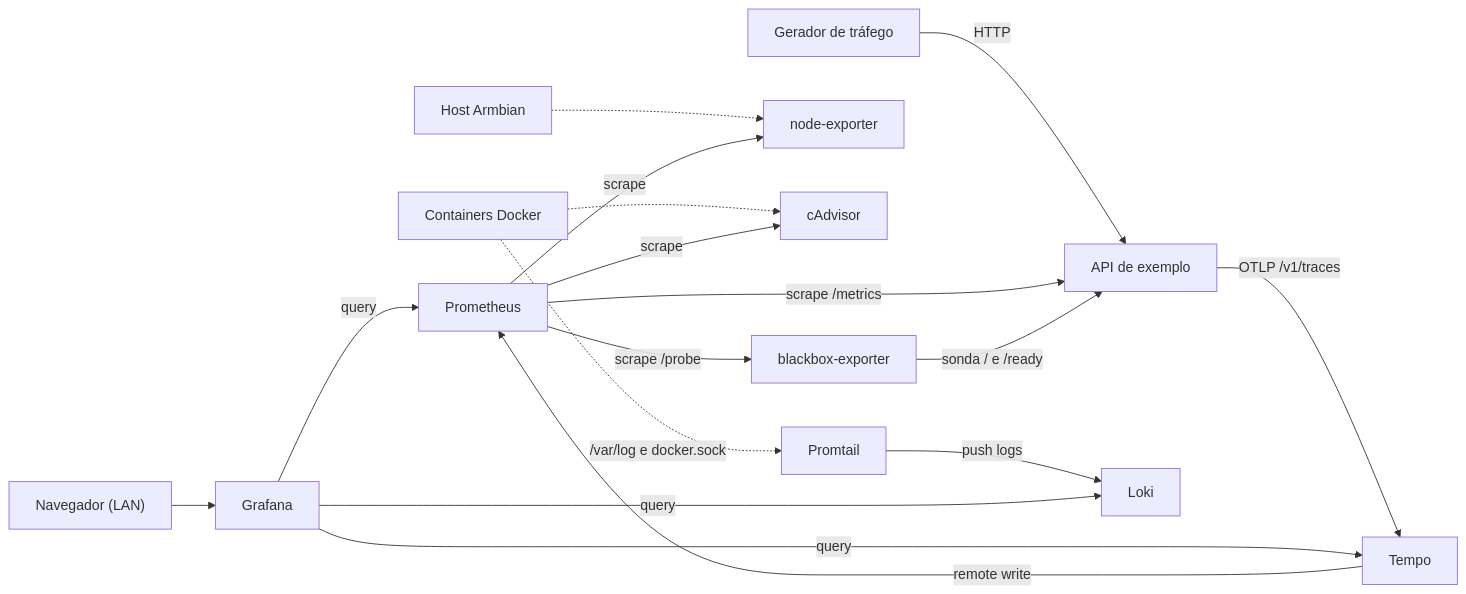
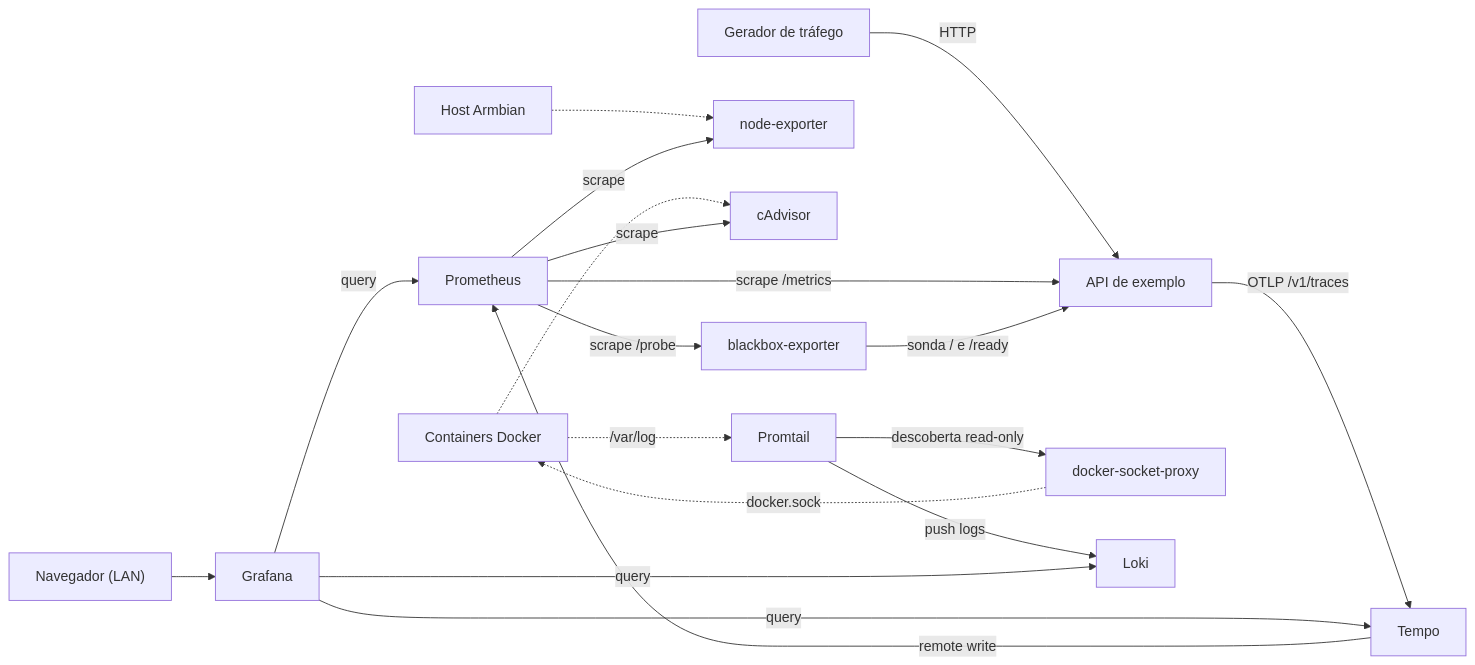
The diagram in README.md (kevinjh07/homelab-observability-box), drawn with Mermaid before and after one commit. The commit also changed other lines of this file and 2 other files, not shown here.

First line of the commit message:
segurança: remove privileged do cAdvisor e isola o docker.sock do Promtail

````diff
--- a/README.md
+++ b/README.md
@@ -23,23 +23,25 @@
 ```mermaid
 flowchart LR
   browser["Navegador (LAN)"] --> grafana["Grafana"]
   gen["Gerador de tráfego"] -->|"HTTP"| api["API de exemplo"]
 
   host["Host Armbian"] -.-> node["node-exporter"]
   containers["Containers Docker"] -.-> cadvisor["cAdvisor"]
-  containers -.->|"/var/log e docker.sock"| promtail["Promtail"]
+  containers -.->|"/var/log"| promtail["Promtail"]
+  promtail -->|"descoberta read-only"| dockerproxy["docker-socket-proxy"]
+  dockerproxy -.->|"docker.sock"| containers
 
   prometheus["Prometheus"] -->|"scrape /metrics"| api
   prometheus -->|"scrape"| node
   prometheus -->|"scrape"| cadvisor
   prometheus -->|"scrape /probe"| blackbox["blackbox-exporter"]
   blackbox -->|"sonda / e /ready"| api
 
   api -->|"OTLP /v1/traces"| tempo["Tempo"]
   tempo -->|"remote write"| prometheus
   promtail -->|"push logs"| loki["Loki"]
 
   grafana -->|"query"| prometheus
   grafana -->|"query"| loki
   grafana -->|"query"| tempo
 ```
````
